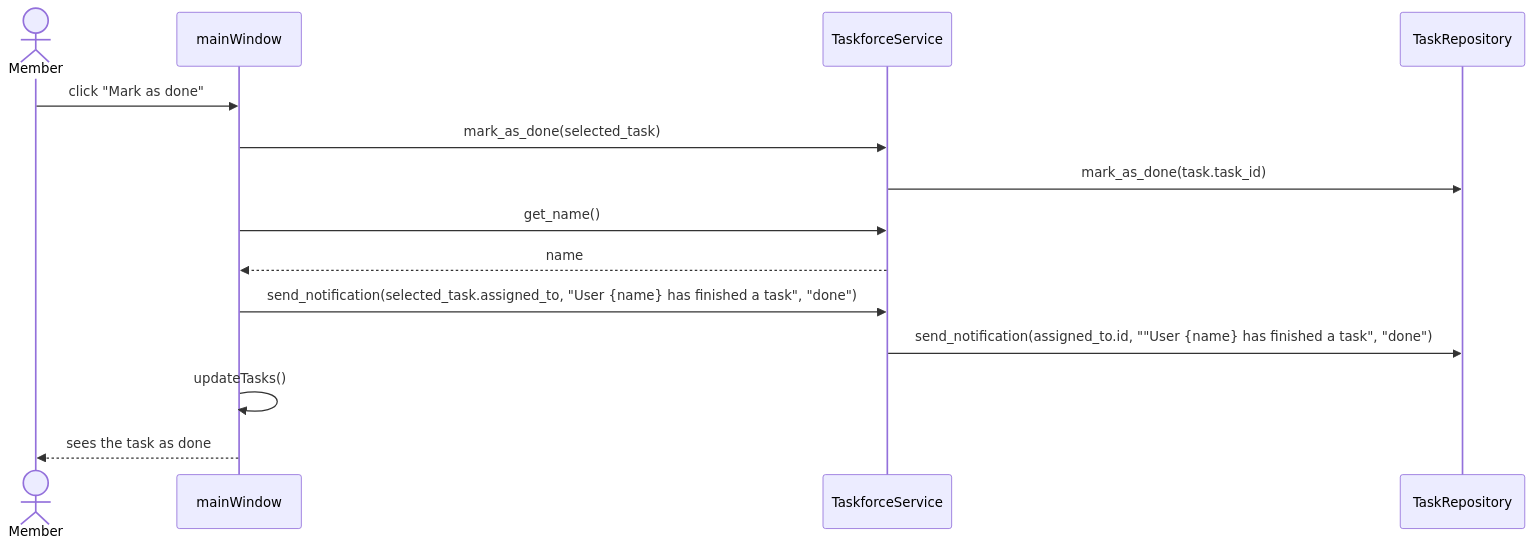
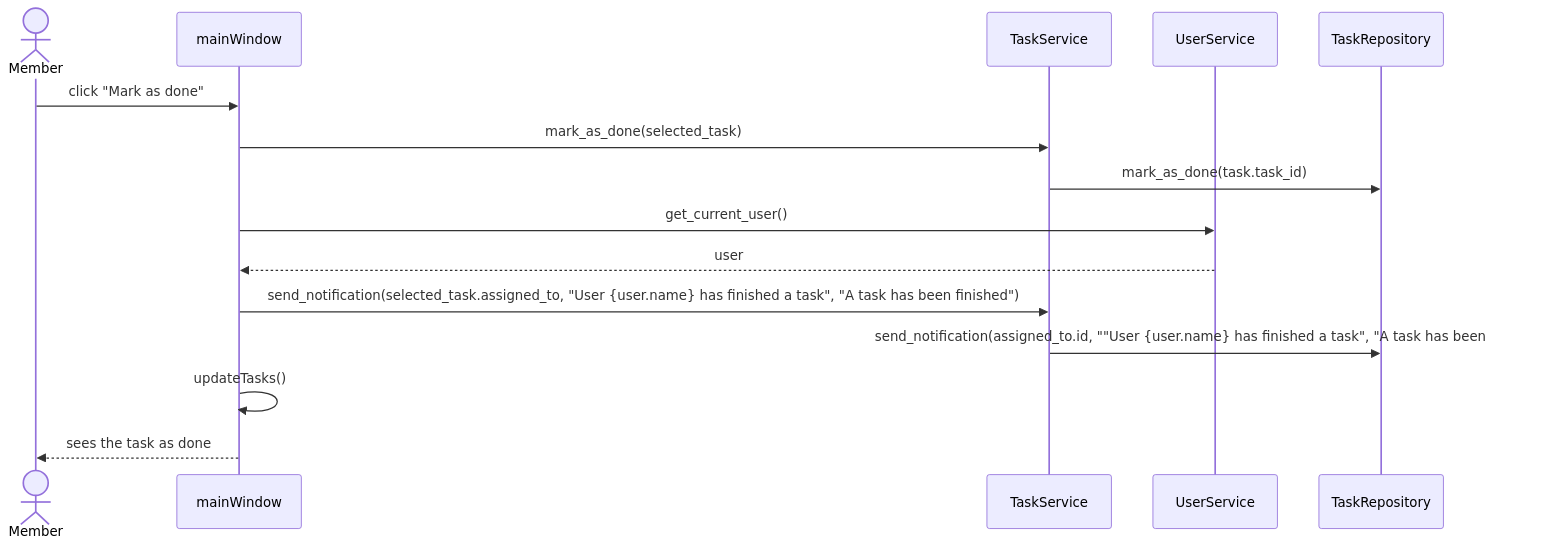
The third of 3 diagrams in dokumentaatio/arkkitehtuuri.md (sashausoskin/taskforce), drawn with Mermaid before and after one commit. The commit also changed other lines of this file and 4 other files, not shown here.

First line of the commit message:
UPDATE architecture document

````diff
--- a/dokumentaatio/arkkitehtuuri.md
+++ b/dokumentaatio/arkkitehtuuri.md
@@ -82,16 +121,17 @@
 ```mermaid
 sequenceDiagram
   actor Member
   participant mainWindow
-  participant TaskforceService
+  participant TaskService
+  participant UserService
   participant TaskRepository
   Member->>mainWindow: click "Mark as done"
-  mainWindow->>TaskforceService: mark_as_done(selected_task)
-  TaskforceService->>TaskRepository: mark_as_done(task.task_id)
-  mainWindow->>TaskforceService: get_name()
-  TaskforceService-->>mainWindow: name
-  mainWindow->>TaskforceService: send_notification(selected_task.assigned_to, "User {name} has finished a task", "done") 
-  TaskforceService->>TaskRepository: send_notification(assigned_to.id, ""User {name} has finished a task", "done")
+  mainWindow->>TaskService: mark_as_done(selected_task)
+  TaskService->>TaskRepository: mark_as_done(task.task_id)
+  mainWindow->>UserService: get_current_user()
+  UserService-->>mainWindow: user
+  mainWindow->>TaskService: send_notification(selected_task.assigned_to, "User {user.name} has finished a task", "A task has been finished") 
+  TaskService->>TaskRepository: send_notification(assigned_to.id, ""User {user.name} has finished a task", "A task has been finished")
   mainWindow->>mainWindow: updateTasks()
   mainWindow-->>Member:sees the task as done
 ```
````
